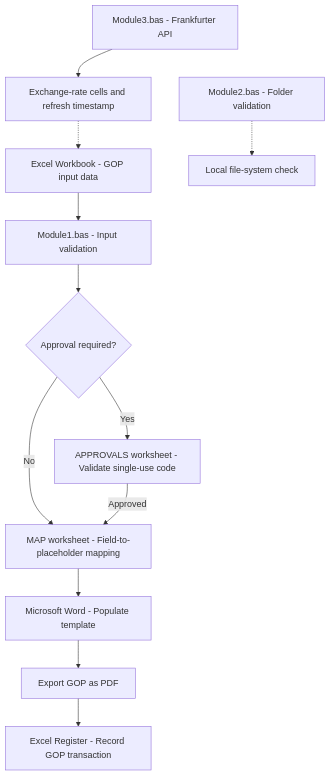
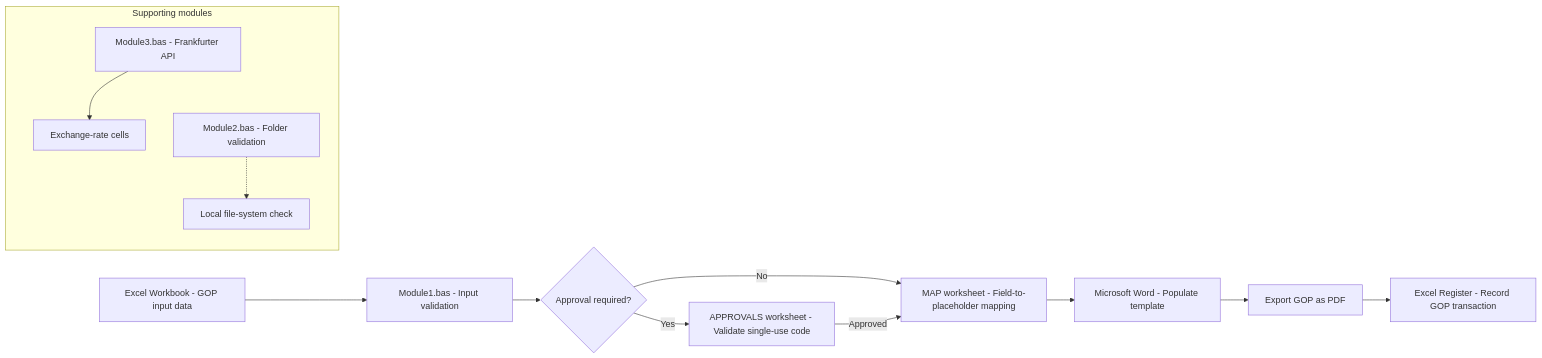
One commit to LebsLabs/GOP-Generator changed the diagram in docs/ARCHITECTURE.md. Above: the diagram before and after it, drawn with Mermaid.

Commit message:
Update architecture diagram for workflow clarity

````diff
--- a/docs/ARCHITECTURE.md
+++ b/docs/ARCHITECTURE.md
@@ -25,19 +25,19 @@
 ```mermaid
-flowchart TD
+flowchart LR
     A["Excel Workbook - GOP input data"] --> B["Module1.bas - Input validation"]
     B --> C{"Approval required?"}
     C -->|Yes| D["APPROVALS worksheet - Validate single-use code"]
     C -->|No| E["MAP worksheet - Field-to-placeholder mapping"]
     D -->|Approved| E
     E --> F["Microsoft Word - Populate template"]
     F --> G["Export GOP as PDF"]
     G --> H["Excel Register - Record GOP transaction"]
 
-    I["Module3.bas - Frankfurter API"] --> J["Exchange-rate cells and refresh timestamp"]
-    J -.-> A
-    
-    K["Module2.bas - Folder validation"] -.-> L["Local file-system check"]
-
+     subgraph SUPPORT["Supporting modules"]
+        direction TB
+        I["Module3.bas - Frankfurter API"] --> J["Exchange-rate cells"]
+        K["Module2.bas - Folder validation"] -.-> L["Local file-system check"]
+    end
     I ~~~ K
     
 ```
````
